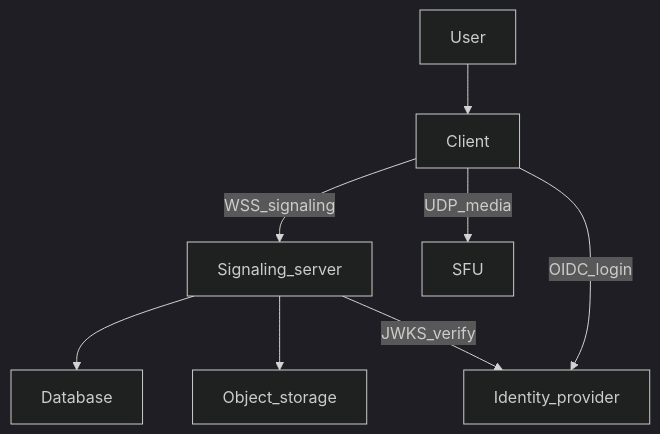
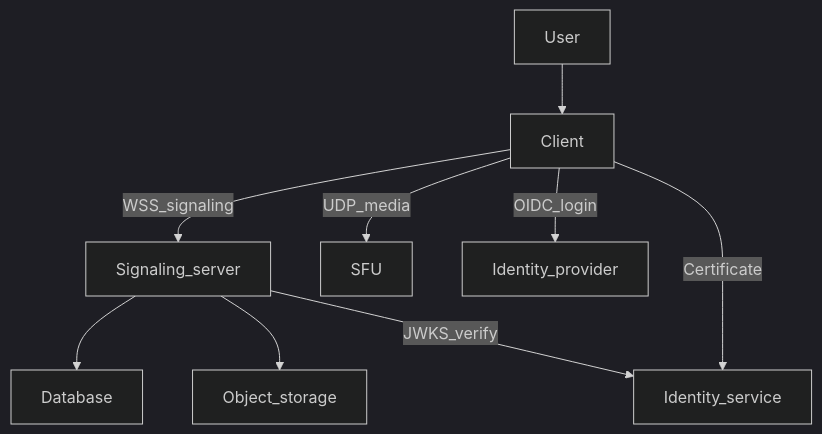
One commit to Gryt-chat/docs changed the diagram in content/docs/guide/why-gryt.mdx. Above: the diagram before and after it, drawn with Mermaid (dark theme). The commit also changed other lines of this file and 4 other files, not shown here.

First line of the commit message:
docs: update authentication flow and architecture details

````diff
--- a/content/docs/guide/why-gryt.mdx
+++ b/content/docs/guide/why-gryt.mdx
@@ -47,10 +48,11 @@
 ```mermaid
 graph TB
   user[User] --> client[Client]
   client -->|WSS_signaling| server[Signaling_server]
   client -->|UDP_media| sfu[SFU]
   server --> db[Database]
   server --> s3[Object_storage]
   client -->|OIDC_login| auth[Identity_provider]
-  server -->|JWKS_verify| auth
+  client -->|Certificate| identity[Identity_service]
+  server -->|JWKS_verify| identity
 ```
````
